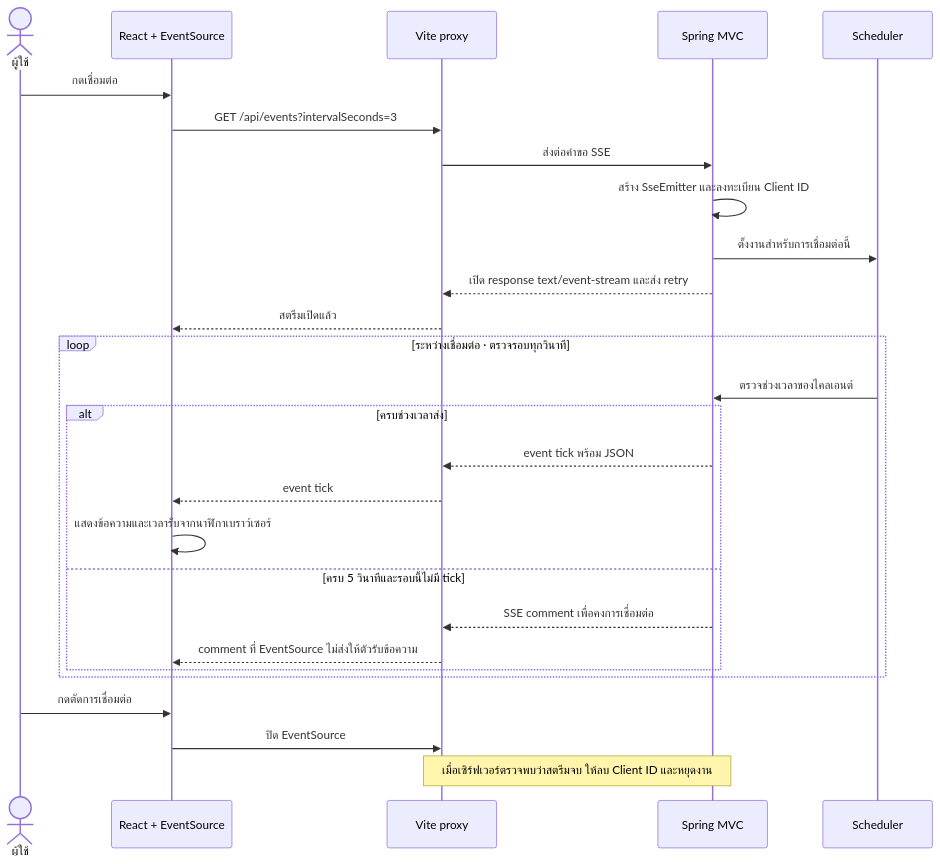
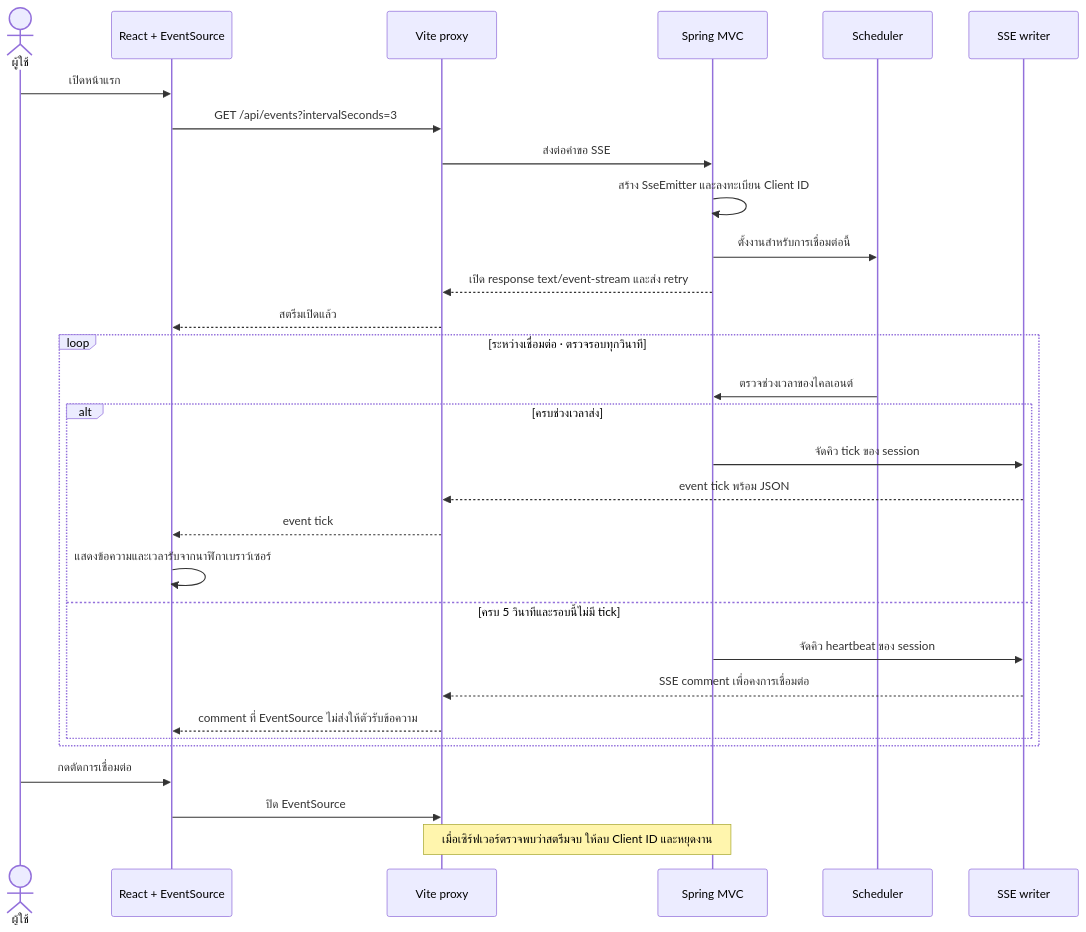
The fourth of 5 diagrams in README.md (chiwa/spring-boot-sse-demo), drawn with Mermaid before and after one commit. The commit also changed other lines of this file and 29 other files, not shown here.

````diff
--- a/README.md
+++ b/README.md
@@ -99,30 +182,33 @@
 ```mermaid
 sequenceDiagram
     actor U as ผู้ใช้
     participant F as React + EventSource
     participant P as Vite proxy
     participant C as Spring MVC
     participant S as Scheduler
+    participant W as SSE writer
 
-    U->>F: กดเชื่อมต่อ
+    U->>F: เปิดหน้าแรก
     F->>P: GET /api/events?intervalSeconds=3
     P->>C: ส่งต่อคำขอ SSE
     C->>C: สร้าง SseEmitter และลงทะเบียน Client ID
     C->>S: ตั้งงานสำหรับการเชื่อมต่อนี้
     C-->>P: เปิด response text/event-stream และส่ง retry
     P-->>F: สตรีมเปิดแล้ว
     loop ระหว่างเชื่อมต่อ · ตรวจรอบทุกวินาที
         S->>C: ตรวจช่วงเวลาของไคลเอนต์
         alt ครบช่วงเวลาส่ง
-            C-->>P: event tick พร้อม JSON
+            C->>W: จัดคิว tick ของ session
+            W-->>P: event tick พร้อม JSON
             P-->>F: event tick
             F->>F: แสดงข้อความและเวลารับจากนาฬิกาเบราว์เซอร์
         else ครบ 5 วินาทีและรอบนี้ไม่มี tick
-            C-->>P: SSE comment เพื่อคงการเชื่อมต่อ
+            C->>W: จัดคิว heartbeat ของ session
+            W-->>P: SSE comment เพื่อคงการเชื่อมต่อ
             P-->>F: comment ที่ EventSource ไม่ส่งให้ตัวรับข้อความ
         end
     end
     U->>F: กดตัดการเชื่อมต่อ
     F->>P: ปิด EventSource
     Note over P,C: เมื่อเซิร์ฟเวอร์ตรวจพบว่าสตรีมจบ ให้ลบ Client ID และหยุดงาน
 ```
````
